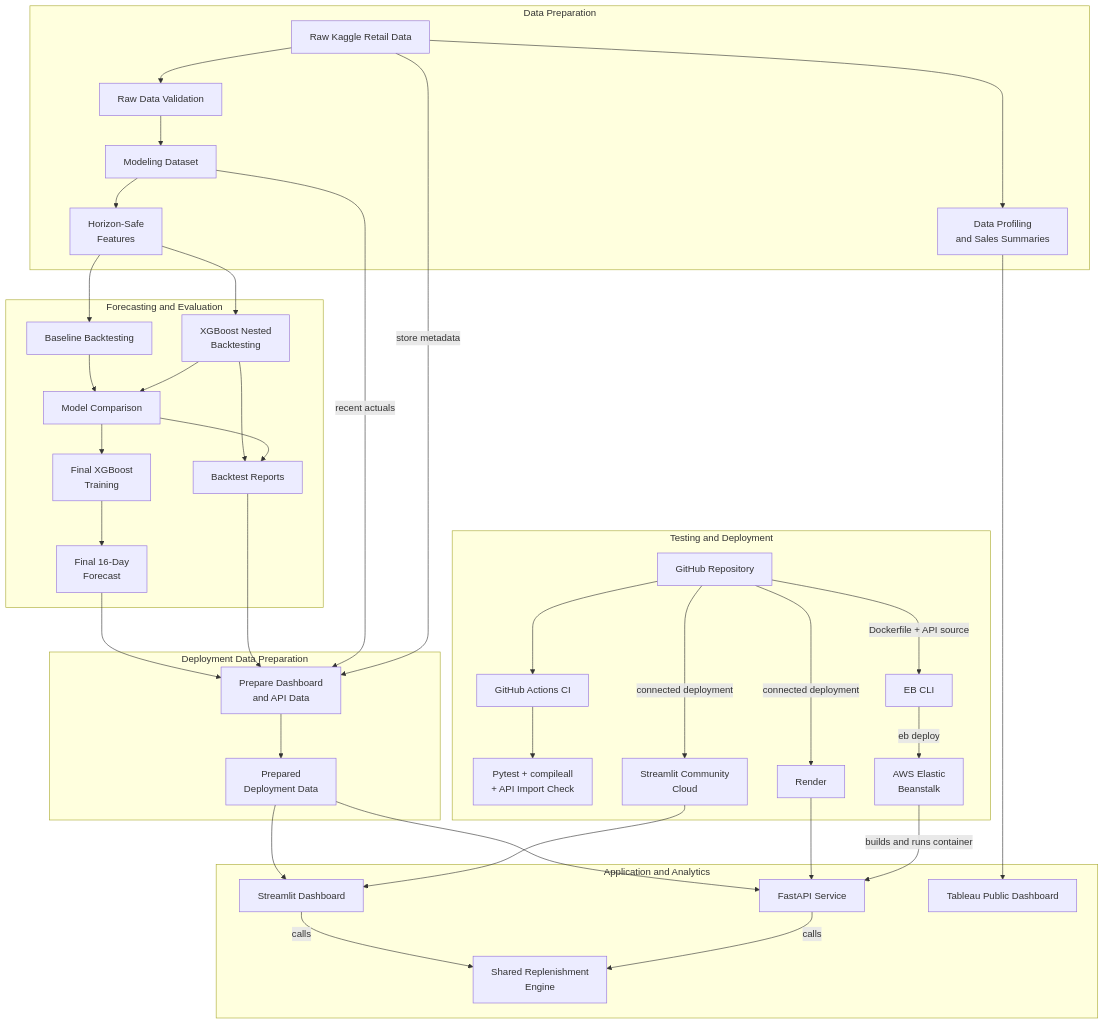
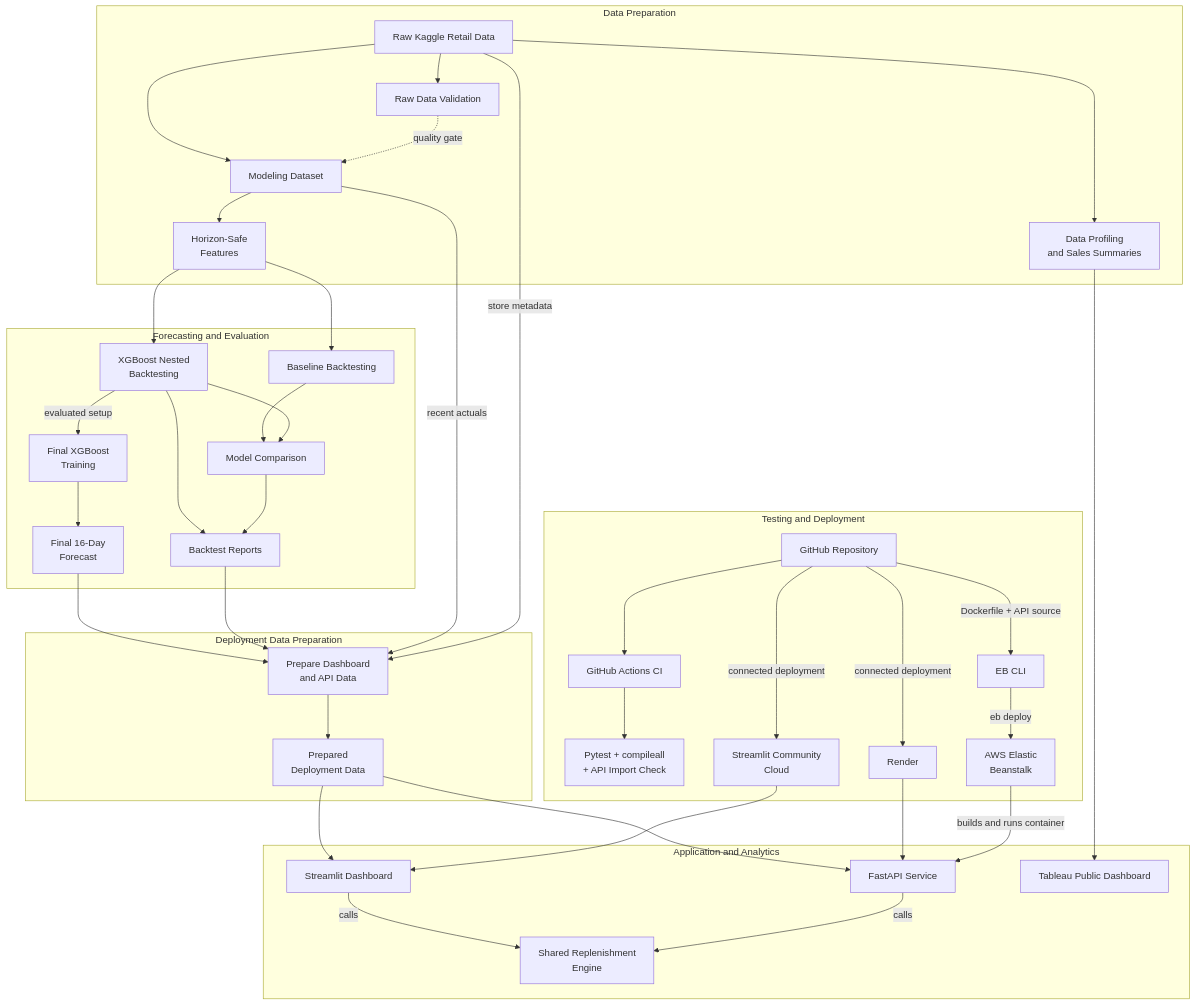
The diagram in README.md (momo840505/retail-demand-forecasting), drawn with Mermaid before and after one commit.

Commit message:
Revise data flow in README diagram
Updated flow diagram to reflect changes in data preparation and model training.

````diff
--- a/README.md
+++ b/README.md
@@ -281,58 +281,59 @@
 ```mermaid
 flowchart TD
 
     subgraph DATA["Data Preparation"]
         A[Raw Kaggle Retail Data] --> B[Raw Data Validation]
         A --> C[Data Profiling<br/>and Sales Summaries]
-        B --> D[Modeling Dataset]
+        A --> D[Modeling Dataset]
+        B -. quality gate .-> D
         D --> E[Horizon-Safe<br/>Features]
     end
 
     subgraph MODEL["Forecasting and Evaluation"]
         E --> F[Baseline Backtesting]
         E --> G[XGBoost Nested<br/>Backtesting]
 
         F --> H[Model Comparison]
         G --> H
 
-        H --> I[Final XGBoost<br/>Training]
+        G -->|evaluated setup| I[Final XGBoost<br/>Training]
         I --> J[Final 16-Day<br/>Forecast]
 
         G --> K[Backtest Reports]
         H --> K
     end
 
     subgraph PREP["Deployment Data Preparation"]
         J --> L[Prepare Dashboard<br/>and API Data]
         K --> L
         D -->|recent actuals| L
         A -->|store metadata| L
 
         L --> M[Prepared<br/>Deployment Data]
     end
 
     subgraph APPLICATION["Application and Analytics"]
         M --> N[Streamlit Dashboard]
         M --> O[FastAPI Service]
 
         N -->|calls| P[Shared Replenishment<br/>Engine]
         O -->|calls| P
 
         C --> Q[Tableau Public Dashboard]
     end
 
     subgraph DELIVERY["Testing and Deployment"]
         R[GitHub Repository] --> S[GitHub Actions CI]
         S --> T[Pytest + compileall<br/>+ API Import Check]
 
         R -->|connected deployment| U[Streamlit Community<br/>Cloud]
         R -->|connected deployment| V[Render]
 
         R -->|Dockerfile + API source| W[EB CLI]
         W -->|eb deploy| X[AWS Elastic<br/>Beanstalk]
 
         U --> N
         V --> O
         X -->|builds and runs container| O
     end
 ```
````
